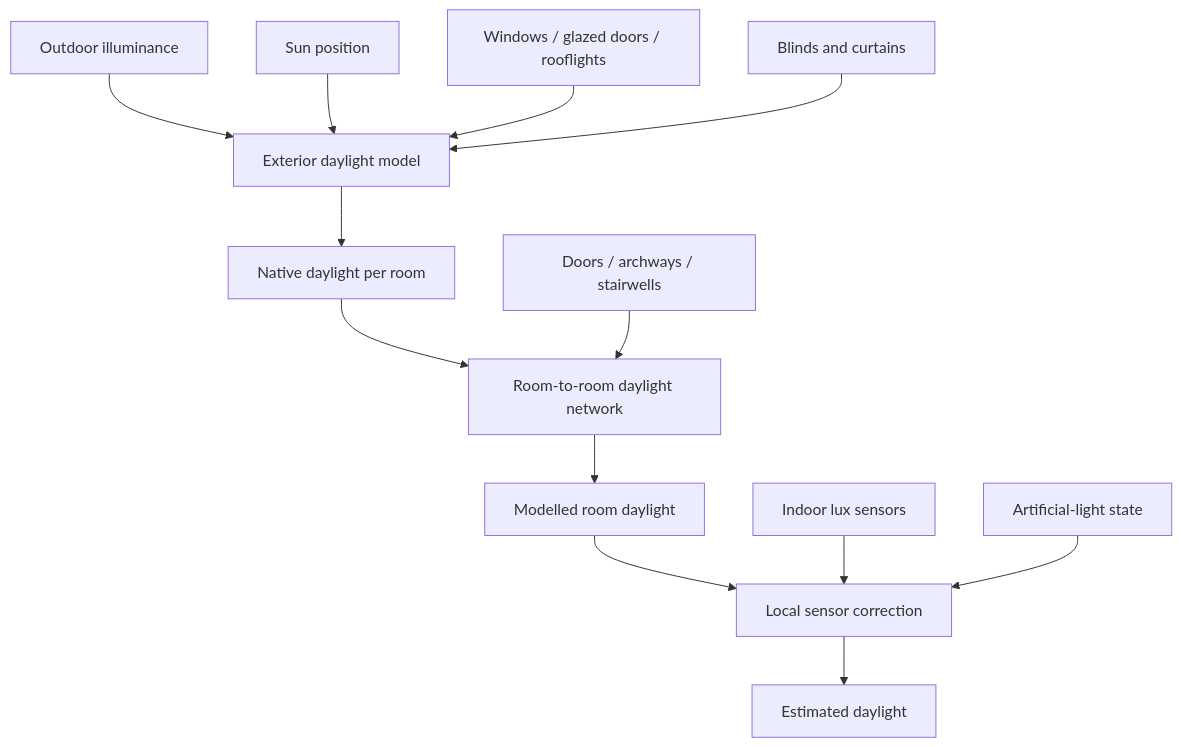
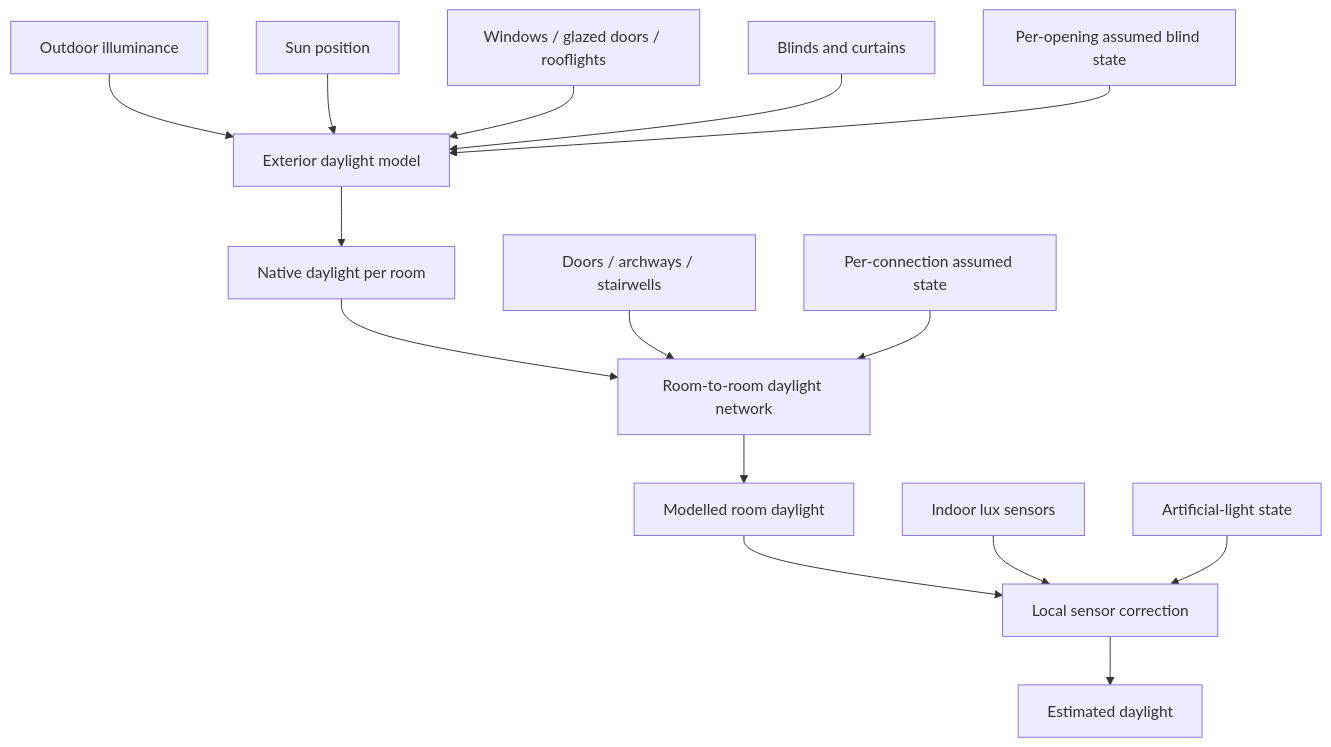
One commit to AKruimink/HA-Room-Daylight changed the diagram in README.md. Above: the diagram before and after it, drawn with Mermaid. The commit also changed other lines of this file and 17 other files, not shown here.

````diff
--- a/README.md
+++ b/README.md
@@ -60,18 +60,20 @@
 ```mermaid
 flowchart TD
     Outdoor[Outdoor illuminance] --> Exterior[Exterior daylight model]
     Sun[Sun position] --> Exterior
     Glazing[Windows / glazed doors / rooflights] --> Exterior
     Covers[Blinds and curtains] --> Exterior
+    BlindFallback[Per-opening assumed blind state] --> Exterior
 
     Exterior --> Native[Native daylight per room]
     Native --> Network[Room-to-room daylight network]
     Connections[Doors / archways / stairwells] --> Network
+    ConnectionFallback[Per-connection assumed state] --> Network
 
     Network --> Modelled[Modelled room daylight]
     Modelled --> Correction[Local sensor correction]
     Indoor[Indoor lux sensors] --> Correction
     Lights[Artificial-light state] --> Correction
 
     Correction --> Estimated[Estimated daylight]
 ```
````
